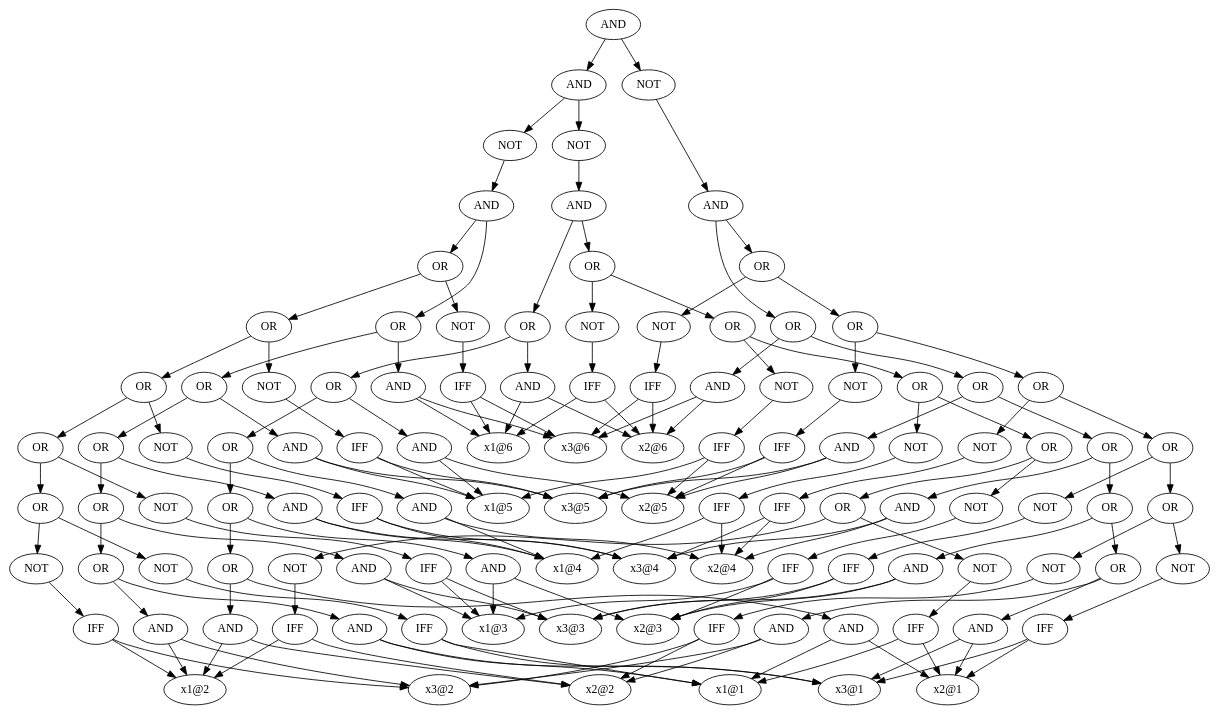
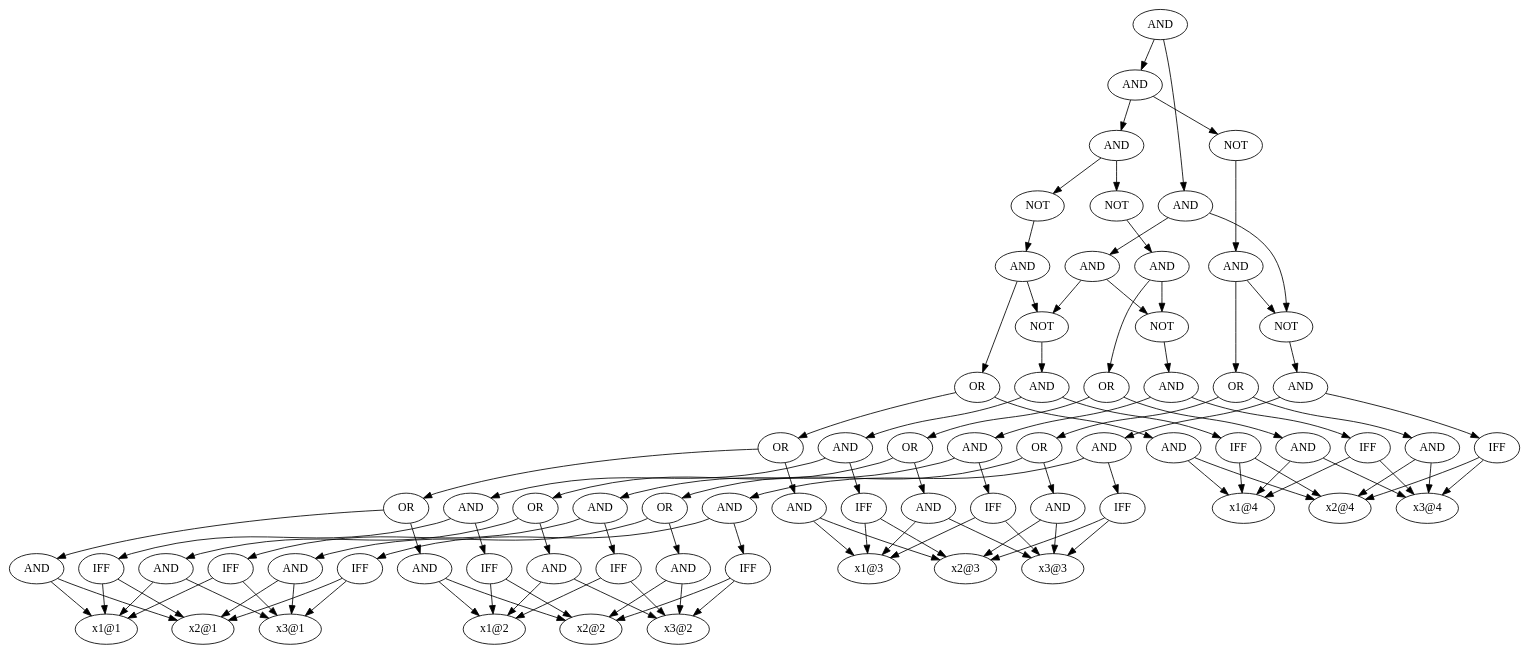
One commit to toda-lab/pygplib changed the diagram in data/g.dot. Above: the diagram before and after it, drawn with Graphviz. The commit also changed 9 other files, not shown here.

```diff
--- a/data/g.dot
+++ b/data/g.dot
@@ -1,275 +1,176 @@
 digraph output {
-	139815457208448 [label = AND]
-	139815457082480 [label = AND]
-	139815457348912 [label = NOT]
-	139815457396624 [label = AND]
-	139815457347136 [label = OR]
-	139815457347040 [label = OR]
-	139815457346944 [label = OR]
-	139815457346848 [label = OR]
-	139815457346176 [label = OR]
-	139815457346320 [label = AND]
-	139815457395712 [label = "x1@1"]
-	139815457815952 [label = "x2@1"]
-	139815457346320 -> 139815457395712
-	139815457346320 -> 139815457815952
-	139815457346416 [label = AND]
-	139815457395184 [label = "x1@2"]
-	139815457815904 [label = "x2@2"]
-	139815457346416 -> 139815457395184
-	139815457346416 -> 139815457815904
-	139815457346176 -> 139815457346320
-	139815457346176 -> 139815457346416
-	139815457346512 [label = AND]
-	139815462798048 [label = "x1@3"]
-	139815457816240 [label = "x2@3"]
-	139815457346512 -> 139815462798048
-	139815457346512 -> 139815457816240
-	139815457346848 -> 139815457346176
-	139815457346848 -> 139815457346512
-	139815457346608 [label = AND]
-	139815457629424 [label = "x1@4"]
-	139815457345840 [label = "x2@4"]
-	139815457346608 -> 139815457629424
-	139815457346608 -> 139815457345840
-	139815457346944 -> 139815457346848
-	139815457346944 -> 139815457346608
-	139815457346704 [label = AND]
-	139815457630960 [label = "x1@5"]
-	139815457345792 [label = "x2@5"]
-	139815457346704 -> 139815457630960
-	139815457346704 -> 139815457345792
-	139815457347040 -> 139815457346944
-	139815457347040 -> 139815457346704
-	139815457346800 [label = AND]
-	139815457816096 [label = "x1@6"]
-	139815457345600 [label = "x2@6"]
-	139815457346800 -> 139815457816096
-	139815457346800 -> 139815457345600
-	139815457347136 -> 139815457347040
-	139815457347136 -> 139815457346800
-	139815457348768 [label = OR]
-	139815457348672 [label = OR]
-	139815457348576 [label = OR]
-	139815457348480 [label = OR]
-	139815457348384 [label = OR]
-	139815457347232 [label = NOT]
-	139815457347376 [label = IFF]
-	139815457347376 -> 139815457395712
-	139815457347376 -> 139815457815952
-	139815457347232 -> 139815457347376
-	139815457347904 [label = NOT]
-	139815457347472 [label = IFF]
-	139815457347472 -> 139815457395184
-	139815457347472 -> 139815457815904
-	139815457347904 -> 139815457347472
-	139815457348384 -> 139815457347232
-	139815457348384 -> 139815457347904
-	139815457348000 [label = NOT]
-	139815457347568 [label = IFF]
-	139815457347568 -> 139815462798048
-	139815457347568 -> 139815457816240
-	139815457348000 -> 139815457347568
-	139815457348480 -> 139815457348384
-	139815457348480 -> 139815457348000
-	139815457348096 [label = NOT]
-	139815457347664 [label = IFF]
-	139815457347664 -> 139815457629424
-	139815457347664 -> 139815457345840
-	139815457348096 -> 139815457347664
-	139815457348576 -> 139815457348480
-	139815457348576 -> 139815457348096
-	139815457348192 [label = NOT]
-	139815457347760 [label = IFF]
-	139815457347760 -> 139815457630960
-	139815457347760 -> 139815457345792
-	139815457348192 -> 139815457347760
-	139815457348672 -> 139815457348576
-	139815457348672 -> 139815457348192
-	139815457348288 [label = NOT]
-	139815457347856 [label = IFF]
-	139815457347856 -> 139815457816096
-	139815457347856 -> 139815457345600
-	139815457348288 -> 139815457347856
-	139815457348768 -> 139815457348672
-	139815457348768 -> 139815457348288
-	139815457396624 -> 139815457347136
-	139815457396624 -> 139815457348768
-	139815457348912 -> 139815457396624
-	139815457082384 [label = NOT]
-	139815457348960 [label = AND]
-	139815457080608 [label = OR]
-	139815457080512 [label = OR]
-	139815457080416 [label = OR]
-	139815457080320 [label = OR]
-	139815457079648 [label = OR]
-	139815457079792 [label = AND]
-	139815457349152 [label = "x3@1"]
-	139815457079792 -> 139815457395712
-	139815457079792 -> 139815457349152
-	139815457079888 [label = AND]
-	139815457349200 [label = "x3@2"]
-	139815457079888 -> 139815457395184
-	139815457079888 -> 139815457349200
-	139815457079648 -> 139815457079792
-	139815457079648 -> 139815457079888
-	139815457079984 [label = AND]
-	139815457349344 [label = "x3@3"]
-	139815457079984 -> 139815462798048
-	139815457079984 -> 139815457349344
-	139815457080320 -> 139815457079648
-	139815457080320 -> 139815457079984
-	139815457080080 [label = AND]
-	139815457349488 [label = "x3@4"]
-	139815457080080 -> 139815457629424
-	139815457080080 -> 139815457349488
-	139815457080416 -> 139815457080320
-	139815457080416 -> 139815457080080
-	139815457080176 [label = AND]
-	139815457349584 [label = "x3@5"]
-	139815457080176 -> 139815457630960
-	139815457080176 -> 139815457349584
-	139815457080512 -> 139815457080416
-	139815457080512 -> 139815457080176
-	139815457080272 [label = AND]
-	139815457079504 [label = "x3@6"]
-	139815457080272 -> 139815457816096
-	139815457080272 -> 139815457079504
-	139815457080608 -> 139815457080512
-	139815457080608 -> 139815457080272
-	139815457082240 [label = OR]
-	139815457082144 [label = OR]
-	139815457082048 [label = OR]
-	139815457081952 [label = OR]
-	139815457081856 [label = OR]
-	139815457080704 [label = NOT]
-	139815457080848 [label = IFF]
-	139815457080848 -> 139815457395712
-	139815457080848 -> 139815457349152
-	139815457080704 -> 139815457080848
-	139815457081376 [label = NOT]
-	139815457080944 [label = IFF]
-	139815457080944 -> 139815457395184
-	139815457080944 -> 139815457349200
-	139815457081376 -> 139815457080944
-	139815457081856 -> 139815457080704
-	139815457081856 -> 139815457081376
-	139815457081472 [label = NOT]
-	139815457081040 [label = IFF]
-	139815457081040 -> 139815462798048
-	139815457081040 -> 139815457349344
-	139815457081472 -> 139815457081040
-	139815457081952 -> 139815457081856
-	139815457081952 -> 139815457081472
-	139815457081568 [label = NOT]
-	139815457081136 [label = IFF]
-	139815457081136 -> 139815457629424
-	139815457081136 -> 139815457349488
-	139815457081568 -> 139815457081136
-	139815457082048 -> 139815457081952
-	139815457082048 -> 139815457081568
-	139815457081664 [label = NOT]
-	139815457081232 [label = IFF]
-	139815457081232 -> 139815457630960
-	139815457081232 -> 139815457349584
-	139815457081664 -> 139815457081232
-	139815457082144 -> 139815457082048
-	139815457082144 -> 139815457081664
-	139815457081760 [label = NOT]
-	139815457081328 [label = IFF]
-	139815457081328 -> 139815457816096
-	139815457081328 -> 139815457079504
-	139815457081760 -> 139815457081328
-	139815457082240 -> 139815457082144
-	139815457082240 -> 139815457081760
-	139815457348960 -> 139815457080608
-	139815457348960 -> 139815457082240
-	139815457082384 -> 139815457348960
-	139815457082480 -> 139815457348912
-	139815457082480 -> 139815457082384
-	139815457208352 [label = NOT]
-	139815457082576 [label = AND]
-	139815457206576 [label = OR]
-	139815457206480 [label = OR]
-	139815457206384 [label = OR]
-	139815457083344 [label = OR]
-	139815457082720 [label = OR]
-	139815457082816 [label = AND]
-	139815457082816 -> 139815457815952
-	139815457082816 -> 139815457349152
-	139815457082912 [label = AND]
-	139815457082912 -> 139815457815904
-	139815457082912 -> 139815457349200
-	139815457082720 -> 139815457082816
-	139815457082720 -> 139815457082912
-	139815457083008 [label = AND]
-	139815457083008 -> 139815457816240
-	139815457083008 -> 139815457349344
-	139815457083344 -> 139815457082720
-	139815457083344 -> 139815457083008
-	139815457083104 [label = AND]
-	139815457083104 -> 139815457345840
-	139815457083104 -> 139815457349488
-	139815457206384 -> 139815457083344
-	139815457206384 -> 139815457083104
-	139815457083200 [label = AND]
-	139815457083200 -> 139815457345792
-	139815457083200 -> 139815457349584
-	139815457206480 -> 139815457206384
-	139815457206480 -> 139815457083200
-	139815457083296 [label = AND]
-	139815457083296 -> 139815457345600
-	139815457083296 -> 139815457079504
-	139815457206576 -> 139815457206480
-	139815457206576 -> 139815457083296
-	139815457208208 [label = OR]
-	139815457208112 [label = OR]
-	139815457208016 [label = OR]
-	139815457207920 [label = OR]
-	139815457207824 [label = OR]
-	139815457206672 [label = NOT]
-	139815457206816 [label = IFF]
-	139815457206816 -> 139815457815952
-	139815457206816 -> 139815457349152
-	139815457206672 -> 139815457206816
-	139815457207344 [label = NOT]
-	139815457206912 [label = IFF]
-	139815457206912 -> 139815457815904
-	139815457206912 -> 139815457349200
-	139815457207344 -> 139815457206912
-	139815457207824 -> 139815457206672
-	139815457207824 -> 139815457207344
-	139815457207440 [label = NOT]
-	139815457207008 [label = IFF]
-	139815457207008 -> 139815457816240
-	139815457207008 -> 139815457349344
-	139815457207440 -> 139815457207008
-	139815457207920 -> 139815457207824
-	139815457207920 -> 139815457207440
-	139815457207536 [label = NOT]
-	139815457207104 [label = IFF]
-	139815457207104 -> 139815457345840
-	139815457207104 -> 139815457349488
-	139815457207536 -> 139815457207104
-	139815457208016 -> 139815457207920
-	139815457208016 -> 139815457207536
-	139815457207632 [label = NOT]
-	139815457207200 [label = IFF]
-	139815457207200 -> 139815457345792
-	139815457207200 -> 139815457349584
-	139815457207632 -> 139815457207200
-	139815457208112 -> 139815457208016
-	139815457208112 -> 139815457207632
-	139815457207728 [label = NOT]
-	139815457207296 [label = IFF]
-	139815457207296 -> 139815457345600
-	139815457207296 -> 139815457079504
-	139815457207728 -> 139815457207296
-	139815457208208 -> 139815457208112
-	139815457208208 -> 139815457207728
-	139815457082576 -> 139815457206576
-	139815457082576 -> 139815457208208
-	139815457208352 -> 139815457082576
-	139815457208448 -> 139815457082480
-	139815457208448 -> 139815457208352
+	140554792071712 [label = AND]
+	140554792071760 [label = AND]
+	140554786147872 [label = AND]
+	140554785372288 [label = NOT]
+	140554791936400 [label = AND]
+	140554791938896 [label = OR]
+	140554791936976 [label = OR]
+	140554791938512 [label = OR]
+	140554791937648 [label = AND]
+	140554791937168 [label = "x1@1"]
+	140554791940048 [label = "x2@1"]
+	140554791937648 -> 140554791937168
+	140554791937648 -> 140554791940048
+	140554791938128 [label = AND]
+	140554791939808 [label = "x1@2"]
+	140554791937840 [label = "x2@2"]
+	140554791938128 -> 140554791939808
+	140554791938128 -> 140554791937840
+	140554791938512 -> 140554791937648
+	140554791938512 -> 140554791938128
+	140554791938224 [label = AND]
+	140554791939376 [label = "x1@3"]
+	140554791937360 [label = "x2@3"]
+	140554791938224 -> 140554791939376
+	140554791938224 -> 140554791937360
+	140554791936976 -> 140554791938512
+	140554791936976 -> 140554791938224
+	140554791938320 [label = AND]
+	140554791938368 [label = "x1@4"]
+	140554791937504 [label = "x2@4"]
+	140554791938320 -> 140554791938368
+	140554791938320 -> 140554791937504
+	140554791938896 -> 140554791936976
+	140554791938896 -> 140554791938320
+	140554791936304 [label = NOT]
+	140554791936256 [label = AND]
+	140554791939760 [label = AND]
+	140554791938992 [label = AND]
+	140554791939136 [label = IFF]
+	140554791939136 -> 140554791937168
+	140554791939136 -> 140554791940048
+	140554791939328 [label = IFF]
+	140554791939328 -> 140554791939808
+	140554791939328 -> 140554791937840
+	140554791938992 -> 140554791939136
+	140554791938992 -> 140554791939328
+	140554791939616 [label = IFF]
+	140554791939616 -> 140554791939376
+	140554791939616 -> 140554791937360
+	140554791939760 -> 140554791938992
+	140554791939760 -> 140554791939616
+	140554791939712 [label = IFF]
+	140554791939712 -> 140554791938368
+	140554791939712 -> 140554791937504
+	140554791936256 -> 140554791939760
+	140554791936256 -> 140554791939712
+	140554791936304 -> 140554791936256
+	140554791936400 -> 140554791938896
+	140554791936400 -> 140554791936304
+	140554785372288 -> 140554791936400
+	140554791936064 [label = NOT]
+	140554786146000 [label = AND]
+	140554786146720 [label = OR]
+	140554786147344 [label = OR]
+	140554791936160 [label = OR]
+	140554786147680 [label = AND]
+	140554786147248 [label = "x3@1"]
+	140554786147680 -> 140554791937168
+	140554786147680 -> 140554786147248
+	140554786147584 [label = AND]
+	140554786146240 [label = "x3@2"]
+	140554786147584 -> 140554791939808
+	140554786147584 -> 140554786146240
+	140554791936160 -> 140554786147680
+	140554791936160 -> 140554786147584
+	140554786147824 [label = AND]
+	140554786146864 [label = "x3@3"]
+	140554786147824 -> 140554791939376
+	140554786147824 -> 140554786146864
+	140554786147344 -> 140554791936160
+	140554786147344 -> 140554786147824
+	140554786147152 [label = AND]
+	140554786146960 [label = "x3@4"]
+	140554786147152 -> 140554791938368
+	140554786147152 -> 140554786146960
+	140554786146720 -> 140554786147344
+	140554786146720 -> 140554786147152
+	140554787881504 [label = NOT]
+	140554786148112 [label = AND]
+	140554786148016 [label = AND]
+	140554786146672 [label = AND]
+	140554786146624 [label = IFF]
+	140554786146624 -> 140554791937168
+	140554786146624 -> 140554786147248
+	140554786146288 [label = IFF]
+	140554786146288 -> 140554791939808
+	140554786146288 -> 140554786146240
+	140554786146672 -> 140554786146624
+	140554786146672 -> 140554786146288
+	140554786148256 [label = IFF]
+	140554786148256 -> 140554791939376
+	140554786148256 -> 140554786146864
+	140554786148016 -> 140554786146672
+	140554786148016 -> 140554786148256
+	140554786147008 [label = IFF]
+	140554786147008 -> 140554791938368
+	140554786147008 -> 140554786146960
+	140554786148112 -> 140554786148016
+	140554786148112 -> 140554786147008
+	140554787881504 -> 140554786148112
+	140554786146000 -> 140554786146720
+	140554786146000 -> 140554787881504
+	140554791936064 -> 140554786146000
+	140554786147872 -> 140554785372288
+	140554786147872 -> 140554791936064
+	140554786147920 [label = NOT]
+	140554792071664 [label = AND]
+	140554794666256 [label = OR]
+	140554786145856 [label = OR]
+	140554786146096 [label = OR]
+	140554786145952 [label = AND]
+	140554786145952 -> 140554791940048
+	140554786145952 -> 140554786147248
+	140554787354800 [label = AND]
+	140554787354800 -> 140554791937840
+	140554787354800 -> 140554786146240
+	140554786146096 -> 140554786145952
+	140554786146096 -> 140554787354800
+	140554787354512 [label = AND]
+	140554787354512 -> 140554791937360
+	140554787354512 -> 140554786146864
+	140554786145856 -> 140554786146096
+	140554786145856 -> 140554787354512
+	140554794665824 [label = AND]
+	140554794665824 -> 140554791937504
+	140554794665824 -> 140554786146960
+	140554794666256 -> 140554786145856
+	140554794666256 -> 140554794665824
+	140554786146048 [label = NOT]
+	140554792074448 [label = AND]
+	140554794667456 [label = AND]
+	140554794664384 [label = AND]
+	140554794664480 [label = IFF]
+	140554794664480 -> 140554791940048
+	140554794664480 -> 140554786147248
+	140554795462720 [label = IFF]
+	140554795462720 -> 140554791937840
+	140554795462720 -> 140554786146240
+	140554794664384 -> 140554794664480
+	140554794664384 -> 140554795462720
+	140554792073920 [label = IFF]
+	140554792073920 -> 140554791937360
+	140554792073920 -> 140554786146864
+	140554794667456 -> 140554794664384
+	140554794667456 -> 140554792073920
+	140554792073968 [label = IFF]
+	140554792073968 -> 140554791937504
+	140554792073968 -> 140554786146960
+	140554792074448 -> 140554794667456
+	140554792074448 -> 140554792073968
+	140554786146048 -> 140554792074448
+	140554792071664 -> 140554794666256
+	140554792071664 -> 140554786146048
+	140554786147920 -> 140554792071664
+	140554792071760 -> 140554786147872
+	140554792071760 -> 140554786147920
+	140554792071520 [label = AND]
+	140554792071616 [label = AND]
+	140554792071616 -> 140554791936304
+	140554792071616 -> 140554787881504
+	140554792071520 -> 140554792071616
+	140554792071520 -> 140554786146048
+	140554792071712 -> 140554792071760
+	140554792071712 -> 140554792071520
 }
```
